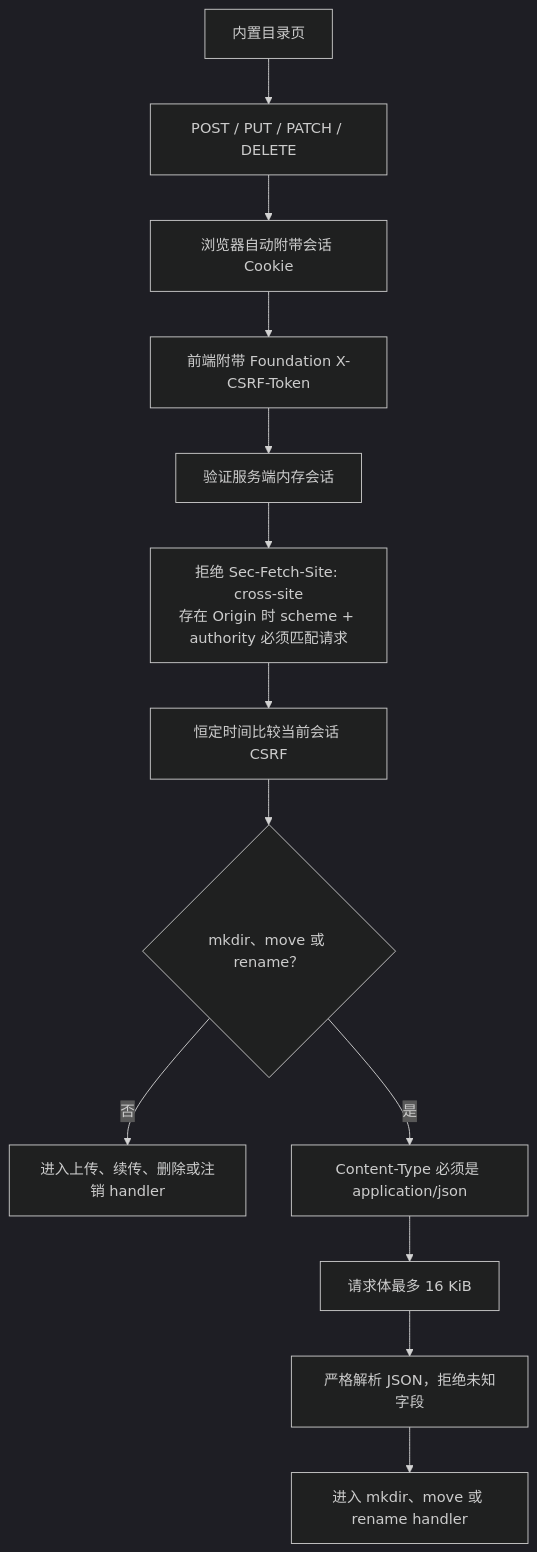
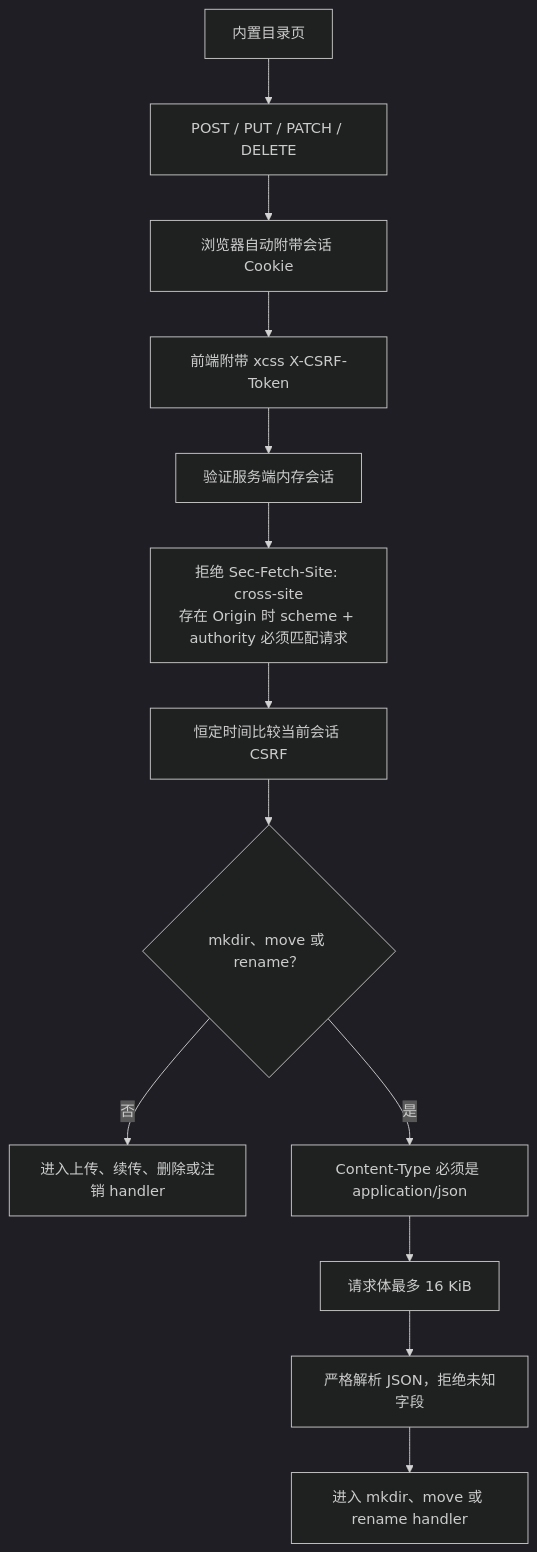
The seventh of 17 diagrams in docs/project-workflow.md (isarmg/dufs-ram-server), drawn with Mermaid (dark theme) before and after one commit. The commit also changed other lines of this file and 186 other files, not shown here.

````diff
--- a/docs/project-workflow.md
+++ b/docs/project-workflow.md
@@ -294,15 +294,15 @@
 ```mermaid
 flowchart TD
     UI["内置目录页"] --> WRITE["POST / PUT / PATCH / DELETE"]
     WRITE --> COOKIE["浏览器自动附带会话 Cookie"]
-    COOKIE --> HEADER["前端附带 Foundation X-CSRF-Token"]
+    COOKIE --> HEADER["前端附带 xcss X-CSRF-Token"]
     HEADER --> SESSION["验证服务端内存会话"]
     SESSION --> SOURCE["拒绝 Sec-Fetch-Site: cross-site<br/>存在 Origin 时 scheme + authority 必须匹配请求"]
     SOURCE --> VERIFY["恒定时间比较当前会话 CSRF"]
     VERIFY --> KIND{"mkdir、move 或 rename？"}
     KIND -- 否 --> WRITE_HANDLER["进入上传、续传、删除或注销 handler"]
     KIND -- 是 --> TYPE["Content-Type 必须是 application/json"]
     TYPE --> LIMIT["请求体最多 16 KiB"]
     LIMIT --> JSON["严格解析 JSON，拒绝未知字段"]
     JSON --> API_HANDLER["进入 mkdir、move 或 rename handler"]
 ```
````
